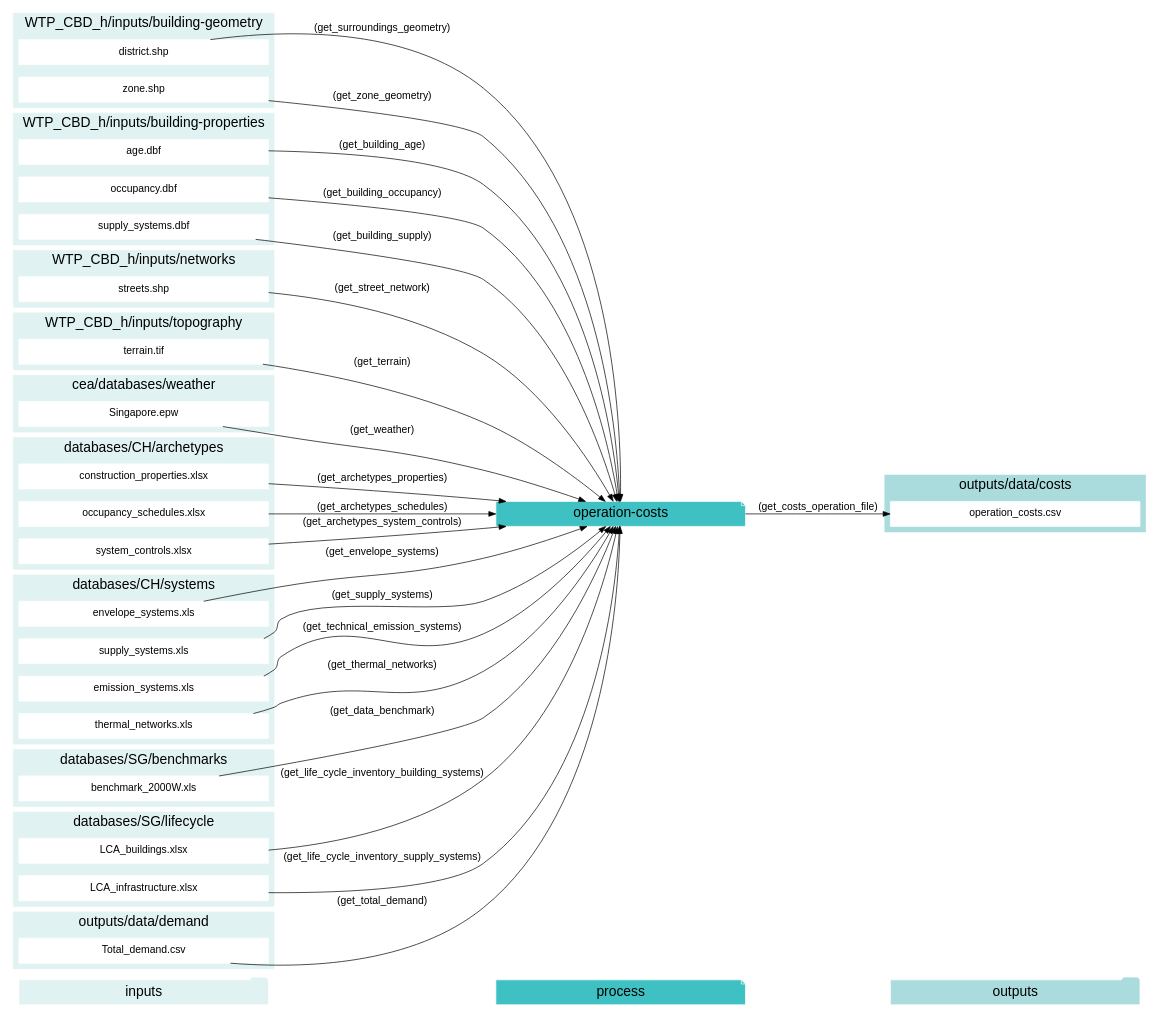
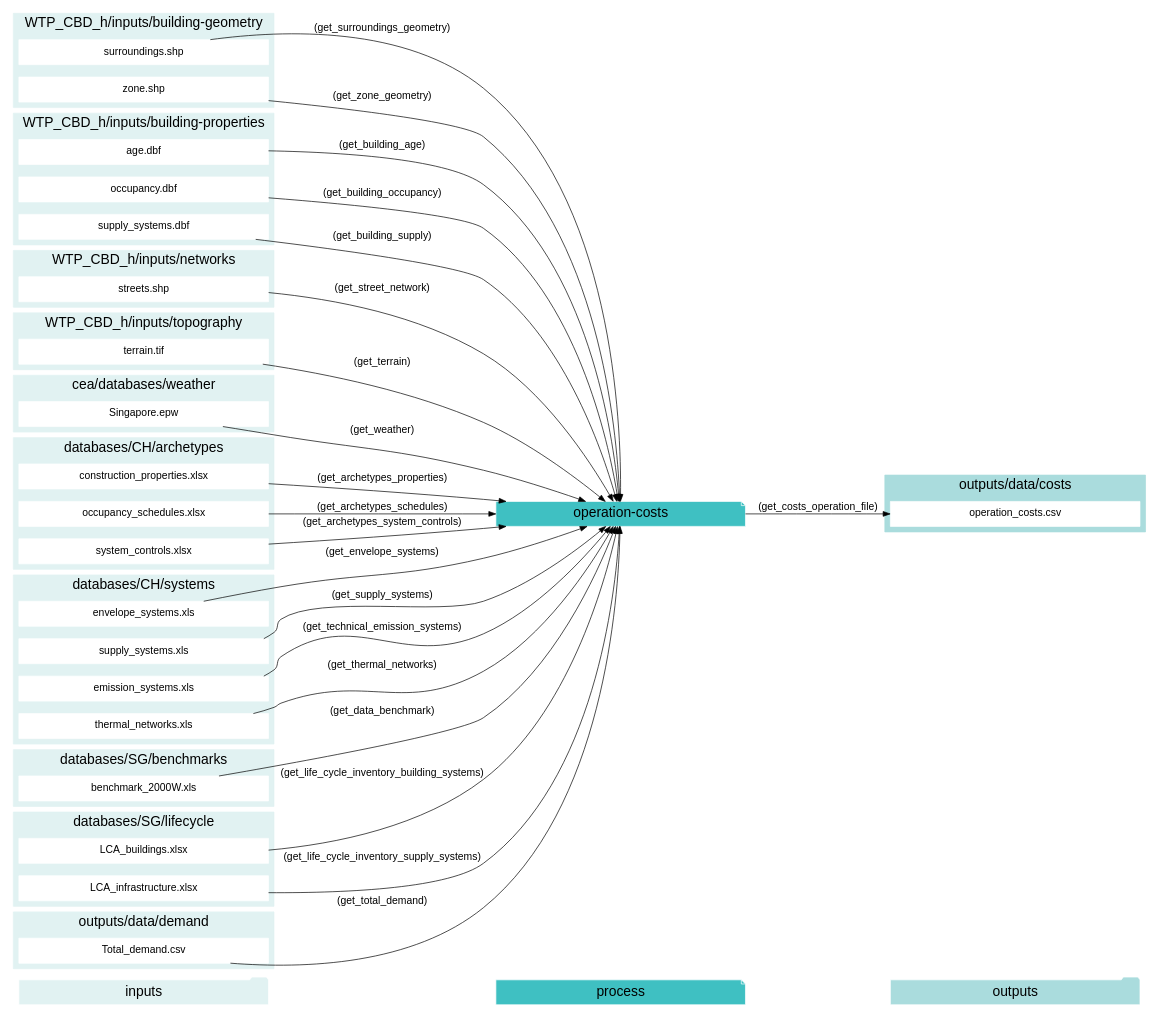
Before and after one commit to architecture-building-systems/CityEnergyAnalyst: the fourth of 12 diagrams in docs/script-data-flow.rst, drawn with Graphviz. The commit also changed other lines of this file and 41 other files, not shown here.

Commit message:
renaming district to surroundings

```diff
--- a/docs/script-data-flow.rst
+++ b/docs/script-data-flow.rst
@@ -450,7 +450,7 @@
         fontsize = 20;
         rank=same;
         label="WTP_CBD_h/inputs/building-geometry";
-        "district.shp"
+        "surroundings.shp"
         "zone.shp"
     }
     subgraph cluster_1_in {
@@ -548,7 +548,7 @@
     "occupancy.dbf" -> "operation-costs"[label="(get_building_occupancy)"]
     "supply_systems.dbf" -> "operation-costs"[label="(get_building_supply)"]
     "benchmark_2000W.xls" -> "operation-costs"[label="(get_data_benchmark)"]
-    "district.shp" -> "operation-costs"[label="(get_surroundings_geometry)"]
+    "surroundings.shp" -> "operation-costs"[label="(get_surroundings_geometry)"]
     "envelope_systems.xls" -> "operation-costs"[label="(get_envelope_systems)"]
     "LCA_buildings.xlsx" -> "operation-costs"[label="(get_life_cycle_inventory_building_systems)"]
     "LCA_infrastructure.xlsx" -> "operation-costs"[label="(get_life_cycle_inventory_supply_systems)"]
```
